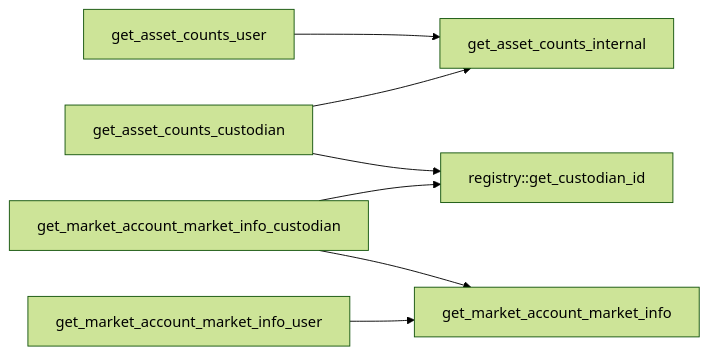
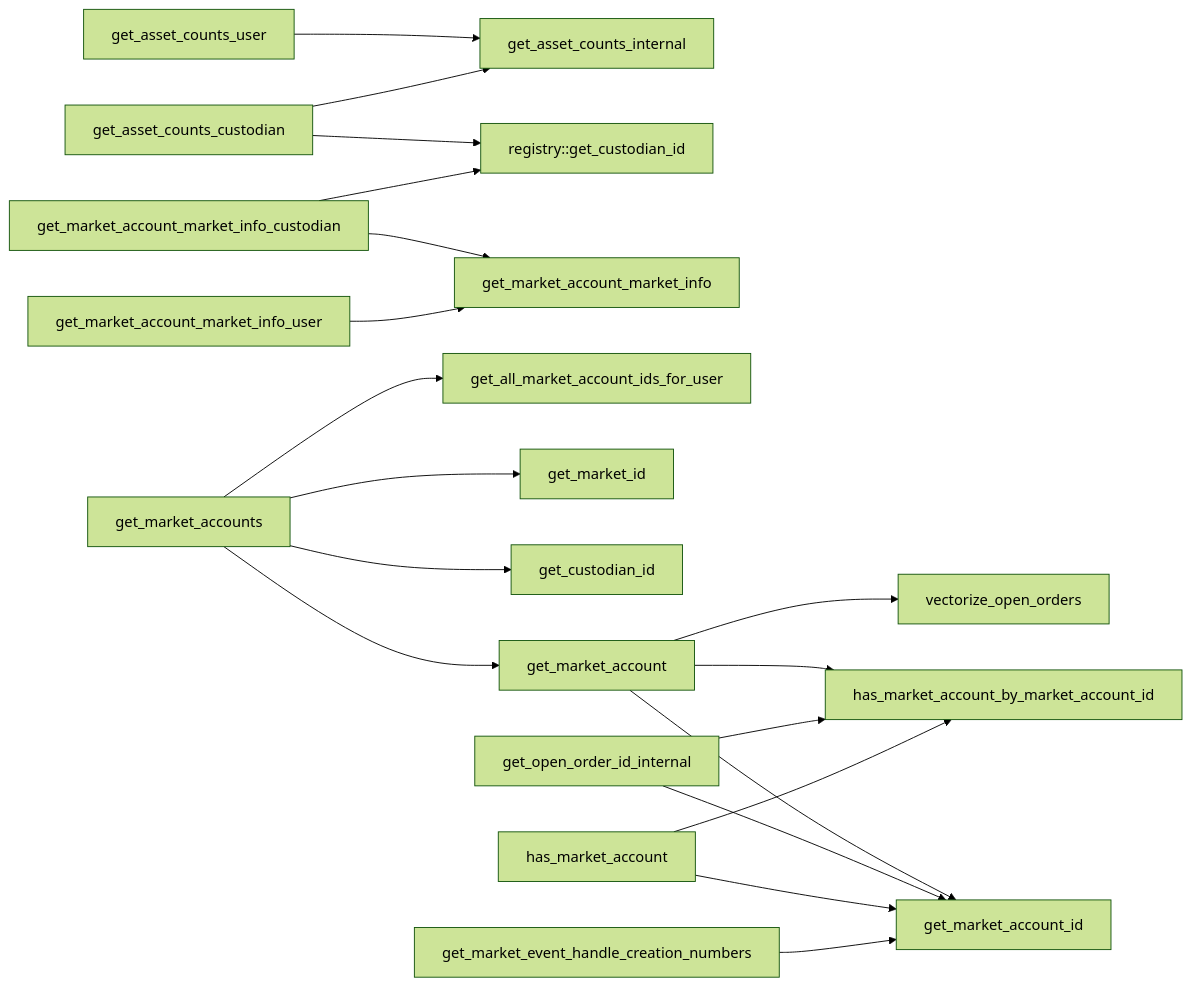
The third of 6 diagrams in src/move/econia/doc/user.md (econia-labs/econia), drawn with Mermaid (forest theme) before and after one commit. The commit also changed other lines of this file and 276 other files, not shown here.

````diff
--- a/src/move/econia/doc/user.md
+++ b/src/move/econia/doc/user.md
@@ -254,19 +287,36 @@
 ```mermaid
 
 flowchart LR
 
 get_asset_counts_user --> get_asset_counts_internal
 
 get_asset_counts_custodian --> get_asset_counts_internal
 get_asset_counts_custodian --> registry::get_custodian_id
 
-
 get_market_account_market_info_custodian -->
 get_market_account_market_info
 get_market_account_market_info_custodian -->
 registry::get_custodian_id
 
 get_market_account_market_info_user -->
 get_market_account_market_info
 
+get_market_accounts --> get_all_market_account_ids_for_user
+get_market_accounts --> get_market_id
+get_market_accounts --> get_custodian_id
+get_market_accounts --> get_market_account
+
+get_market_account --> get_market_account_id
+get_market_account --> has_market_account_by_market_account_id
+get_market_account --> vectorize_open_orders
+
+get_open_order_id_internal --> get_market_account_id
+get_open_order_id_internal -->
+has_market_account_by_market_account_id
+
+has_market_account --> has_market_account_by_market_account_id
+has_market_account --> get_market_account_id
+
+get_market_event_handle_creation_numbers --> get_market_account_id
+
 ```
````
